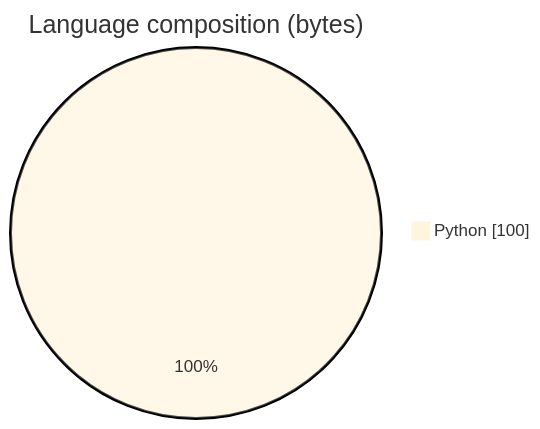
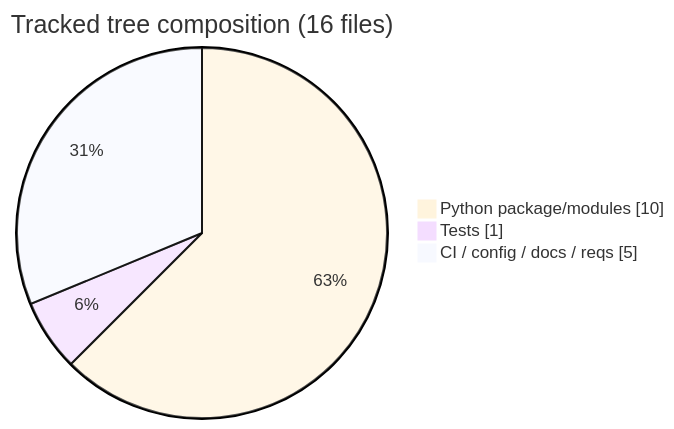
One commit to ArchanaChetan07/Multi-Agent-AI-System changed the seventh of 7 diagrams in README.md. Above: the diagram before and after it, drawn with Mermaid. The commit also changed other lines of this file, not shown here.

````diff
--- a/README.md
+++ b/README.md
@@ -66,5 +225,7 @@
 ```mermaid
 %%{init: {'theme':'base'}}%%
-pie showData title Language composition (bytes)
-    "Python" : 100
+pie showData title Tracked tree composition (16 files)
+    "Python package/modules" : 10
+    "Tests" : 1
+    "CI / config / docs / reqs" : 5
 ```
````
